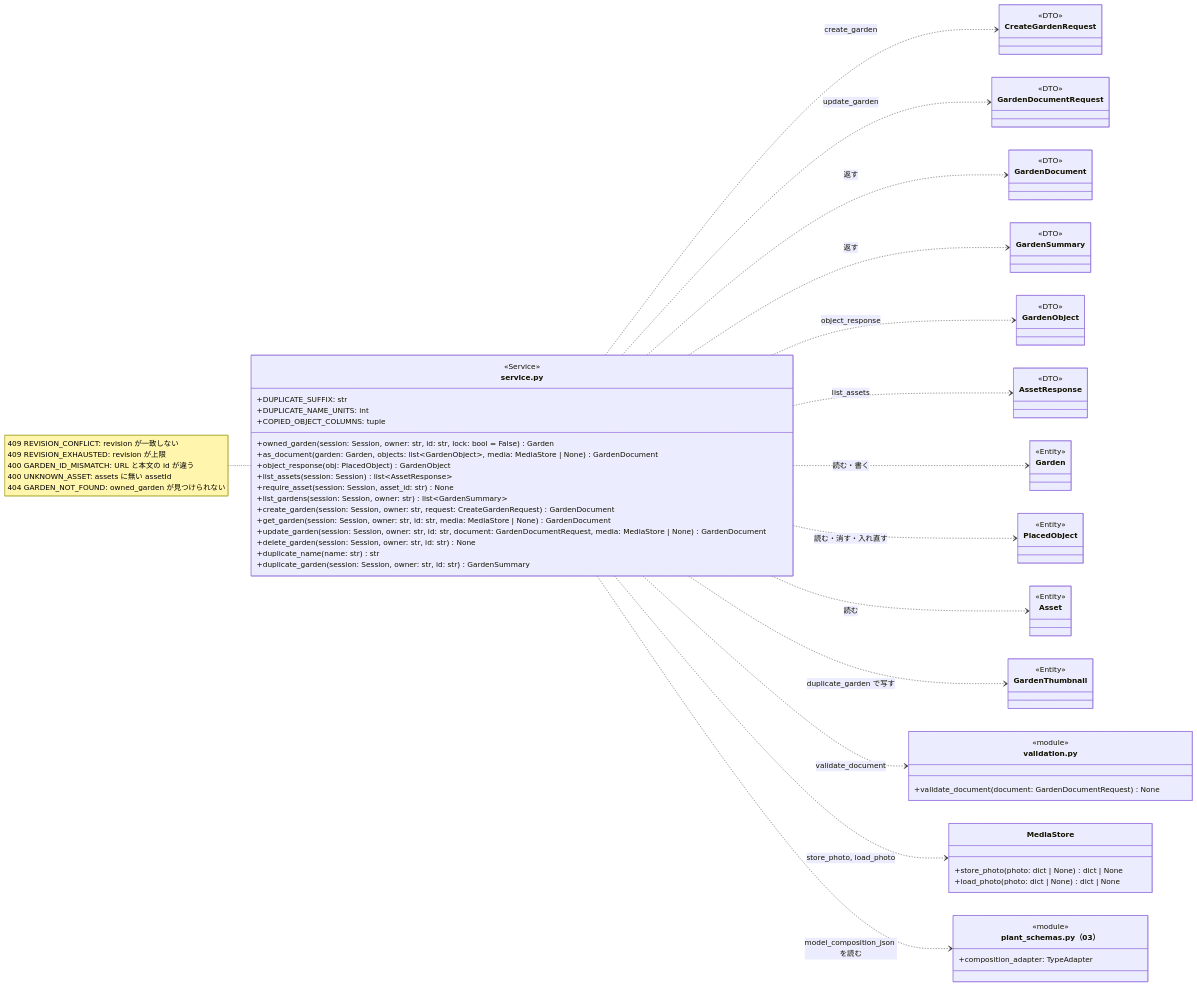
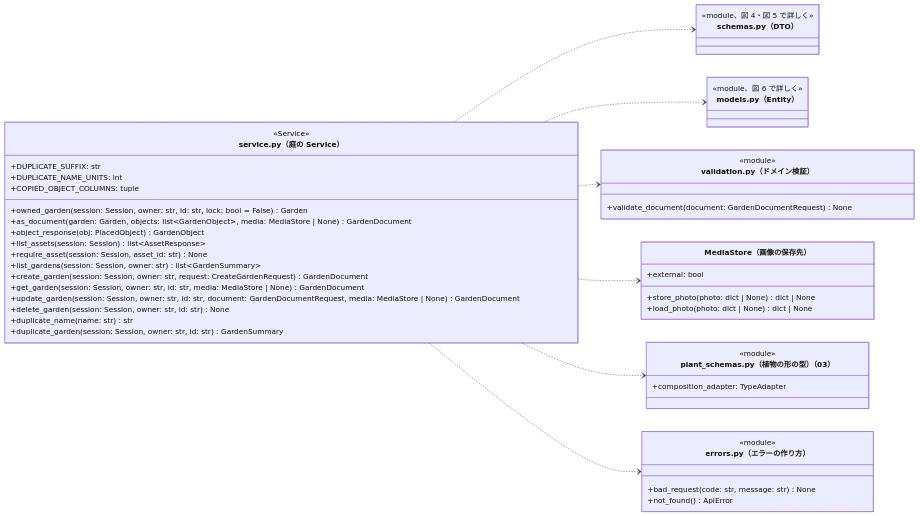
The third of 11 diagrams in クラス図/kusakari-canvas/01_APIとデータの層.md (abeouga/kusakari-document), drawn with Mermaid before and after one commit. The commit also changed other lines of this file and 40 other files, not shown here.

Commit message:
Canvas のクラス図に全体図を足し、詳細図をデータとモジュールの図に分けて書き直す

````diff
--- a/クラス図/kusakari-canvas/01_APIとデータの層.md
+++ b/クラス図/kusakari-canvas/01_APIとデータの層.md
@@ -288,79 +297,53 @@
 ```mermaid
 classDiagram
     direction LR
-    class service_py["service.py"] {
+    class service_py["service.py（庭の Service）"] {
         <<Service>>
         +DUPLICATE_SUFFIX: str
         +DUPLICATE_NAME_UNITS: int
         +COPIED_OBJECT_COLUMNS: tuple
         +owned_garden(session: Session, owner: str, id: str, lock: bool = False) Garden
         +as_document(garden: Garden, objects: list~GardenObject~, media: MediaStore | None) GardenDocument
         +object_response(obj: PlacedObject) GardenObject
         +list_assets(session: Session) list~AssetResponse~
         +require_asset(session: Session, asset_id: str) None
         +list_gardens(session: Session, owner: str) list~GardenSummary~
         +create_garden(session: Session, owner: str, request: CreateGardenRequest) GardenDocument
         +get_garden(session: Session, owner: str, id: str, media: MediaStore | None) GardenDocument
         +update_garden(session: Session, owner: str, id: str, document: GardenDocumentRequest, media: MediaStore | None) GardenDocument
         +delete_garden(session: Session, owner: str, id: str) None
         +duplicate_name(name: str) str
         +duplicate_garden(session: Session, owner: str, id: str) GardenSummary
     }
-    note for service_py "409 REVISION_CONFLICT: revision が一致しない<br/>409 REVISION_EXHAUSTED: revision が上限<br/>400 GARDEN_ID_MISMATCH: URL と本文の id が違う<br/>400 UNKNOWN_ASSET: assets に無い assetId<br/>404 GARDEN_NOT_FOUND: owned_garden が見つけられない"
-    class CreateGardenRequest {
-        <<DTO>>
+    class schemas_py["schemas.py（DTO）"] {
+        <<module、図 4・図 5 で詳しく>>
     }
-    class GardenDocumentRequest {
-        <<DTO>>
+    class models_py["models.py（Entity）"] {
+        <<module、図 6 で詳しく>>
     }
-    class GardenDocument {
-        <<DTO>>
-    }
-    class GardenSummary {
-        <<DTO>>
-    }
-    class GardenObject {
-        <<DTO>>
-    }
-    class AssetResponse {
-        <<DTO>>
-    }
-    class Garden {
-        <<Entity>>
-    }
-    class PlacedObject {
-        <<Entity>>
-    }
-    class Asset {
-        <<Entity>>
-    }
-    class GardenThumbnail {
-        <<Entity>>
-    }
-    class validation_py["validation.py"] {
+    class validation_py["validation.py（ドメイン検証）"] {
         <<module>>
         +validate_document(document: GardenDocumentRequest) None
     }
-    class MediaStore {
+    class MediaStore["MediaStore（画像の保存先）"] {
+        +external: bool
         +store_photo(photo: dict | None) dict | None
         +load_photo(photo: dict | None) dict | None
     }
-    class plant_schemas_py["plant_schemas.py（03）"] {
+    class plant_schemas_py["plant_schemas.py（植物の形の型）（03）"] {
         <<module>>
         +composition_adapter: TypeAdapter
     }
+    class errors_py["errors.py（エラーの作り方）"] {
+        <<module>>
+        +bad_request(code: str, message: str) None
+        +not_found() ApiError
+    }
 
-    service_py ..> CreateGardenRequest : create_garden
-    service_py ..> GardenDocumentRequest : update_garden
-    service_py ..> GardenDocument : 返す
-    service_py ..> GardenSummary : 返す
-    service_py ..> GardenObject : object_response
-    service_py ..> AssetResponse : list_assets
-    service_py ..> Garden : 読む・書く
-    service_py ..> PlacedObject : 読む・消す・入れ直す
-    service_py ..> Asset : 読む
-    service_py ..> GardenThumbnail : duplicate_garden で写す
-    service_py ..> validation_py : validate_document
-    service_py ..> MediaStore : store_photo, load_photo
-    service_py ..> plant_schemas_py : model_composition_json を読む
+    service_py ..> schemas_py
+    service_py ..> models_py
+    service_py ..> validation_py
+    service_py ..> MediaStore
+    service_py ..> plant_schemas_py
+    service_py ..> errors_py
 ```
````
